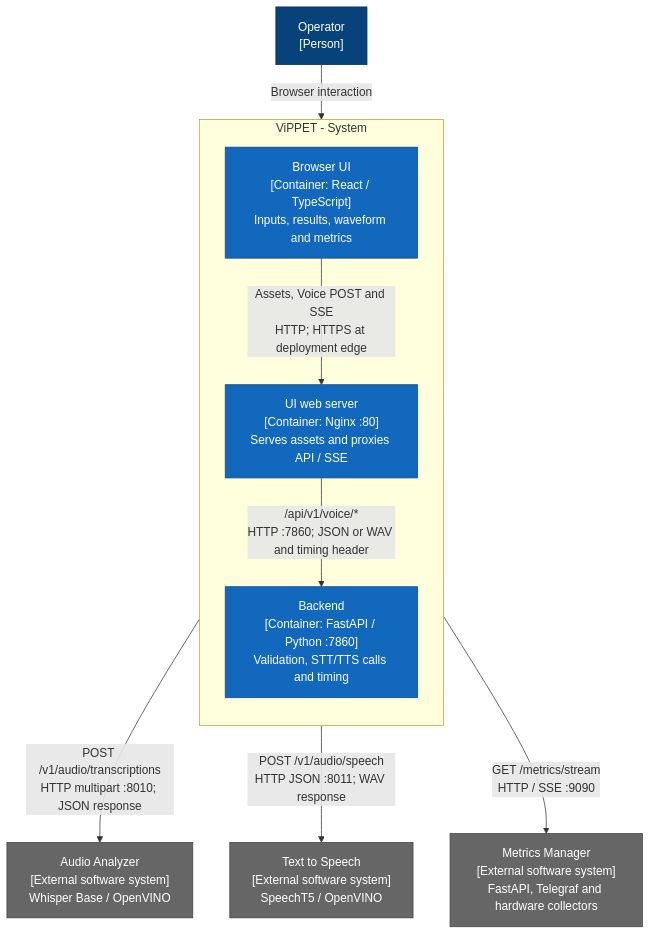
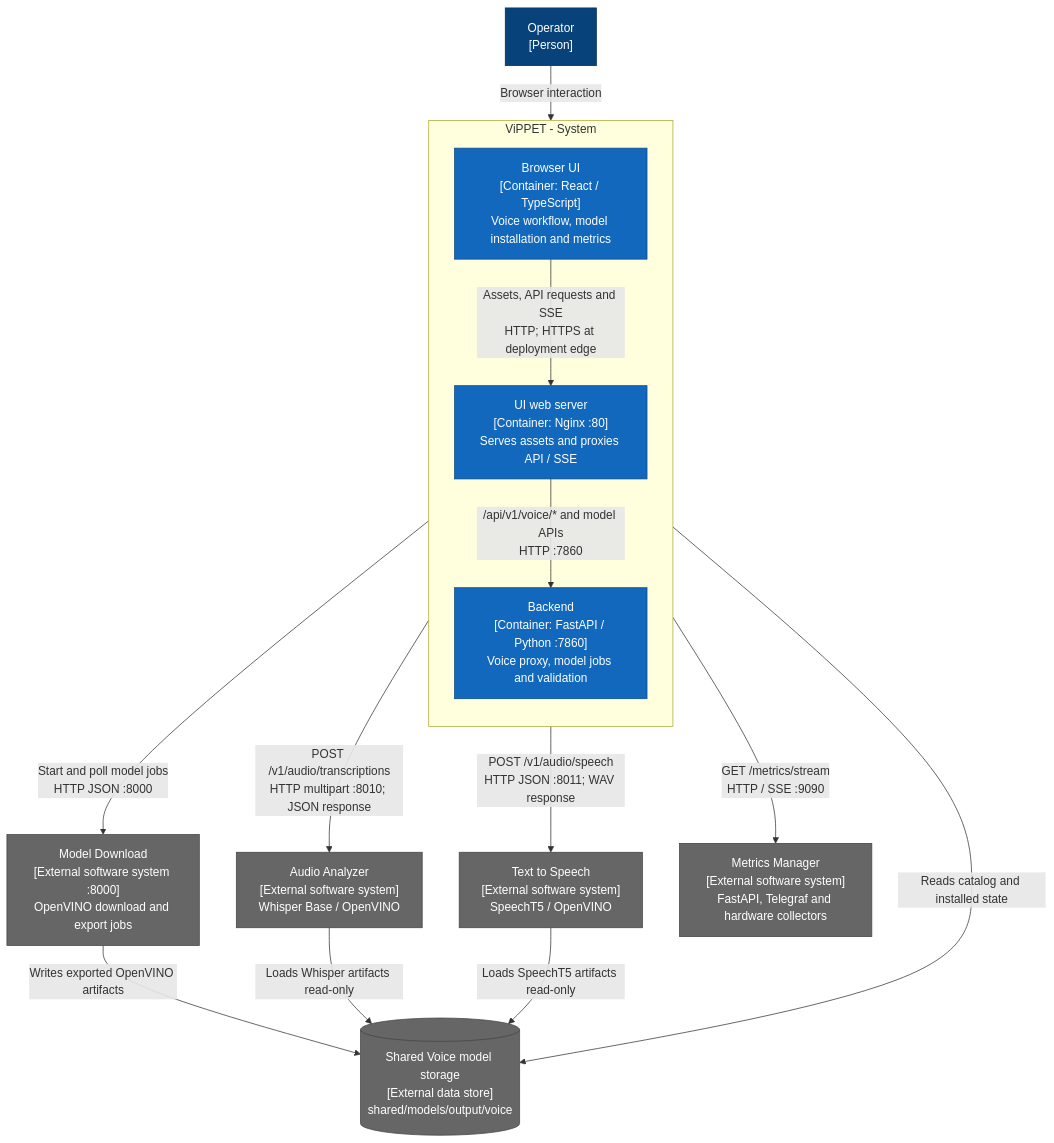
Before and after one commit to open-edge-platform/edge-ai-libraries: the second of 9 diagrams in tools/visual-pipeline-and-platform-evaluation-tool/docs/user-guide/developer-guide/voice-architecture.md, drawn with Mermaid. The commit also changed other lines of this file and 6 other files, not shown here.

````diff
--- a/tools/visual-pipeline-and-platform-evaluation-tool/docs/user-guide/developer-guide/voice-architecture.md
+++ b/tools/visual-pipeline-and-platform-evaluation-tool/docs/user-guide/developer-guide/voice-architecture.md
@@ -54,22 +56,29 @@
 ```mermaid
 flowchart TB
   operator["Operator<br/>[Person]"]:::person
   subgraph vippet[ViPPET - System]
     direction TB
-    spa["Browser UI<br/>[Container: React / TypeScript]<br/>Inputs, results, waveform and metrics"]:::internal
+    spa["Browser UI<br/>[Container: React / TypeScript]<br/>Voice workflow, model installation and metrics"]:::internal
     web["UI web server<br/>[Container: Nginx :80]<br/>Serves assets and proxies API / SSE"]:::internal
-    api["Backend<br/>[Container: FastAPI / Python :7860]<br/>Validation, STT/TTS calls and timing"]:::internal
-    spa -->|"Assets, Voice POST and SSE<br/>HTTP; HTTPS at deployment edge"| web
-    web -->|"/api/v1/voice/*<br/>HTTP :7860; JSON or WAV and timing header"| api
+    api["Backend<br/>[Container: FastAPI / Python :7860]<br/>Voice proxy, model jobs and validation"]:::internal
+    spa -->|"Assets, API requests and SSE<br/>HTTP; HTTPS at deployment edge"| web
+    web -->|"/api/v1/voice/* and model APIs<br/>HTTP :7860"| api
   end
   asr["Audio Analyzer<br/>[External software system]<br/>Whisper Base / OpenVINO"]:::external
   tts["Text to Speech<br/>[External software system]<br/>SpeechT5 / OpenVINO"]:::external
+  downloader["Model Download<br/>[External software system :8000]<br/>OpenVINO download and export jobs"]:::external
+  modelstore[("Shared Voice model storage<br/>[External data store]<br/>shared/models/output/voice")]:::external
   telemetry["Metrics Manager<br/>[External software system]<br/>FastAPI, Telegraf and hardware collectors"]:::external
   operator -->|Browser interaction| spa
   api -->|"POST /v1/audio/transcriptions<br/>HTTP multipart :8010; JSON response"| asr
   api -->|"POST /v1/audio/speech<br/>HTTP JSON :8011; WAV response"| tts
+  api -->|"Start and poll model jobs<br/>HTTP JSON :8000"| downloader
+  api -->|"Reads catalog and installed state"| modelstore
+  downloader -->|"Writes exported OpenVINO artifacts"| modelstore
+  asr -->|"Loads Whisper artifacts read-only"| modelstore
+  tts -->|"Loads SpeechT5 artifacts read-only"| modelstore
   web -->|"GET /metrics/stream<br/>HTTP / SSE :9090"| telemetry
   classDef person fill:#08427b,color:#fff,stroke:#052e56
   classDef internal fill:#1168bd,color:#fff,stroke:#0b4884
   classDef external fill:#666,color:#fff,stroke:#444
 ```
````
